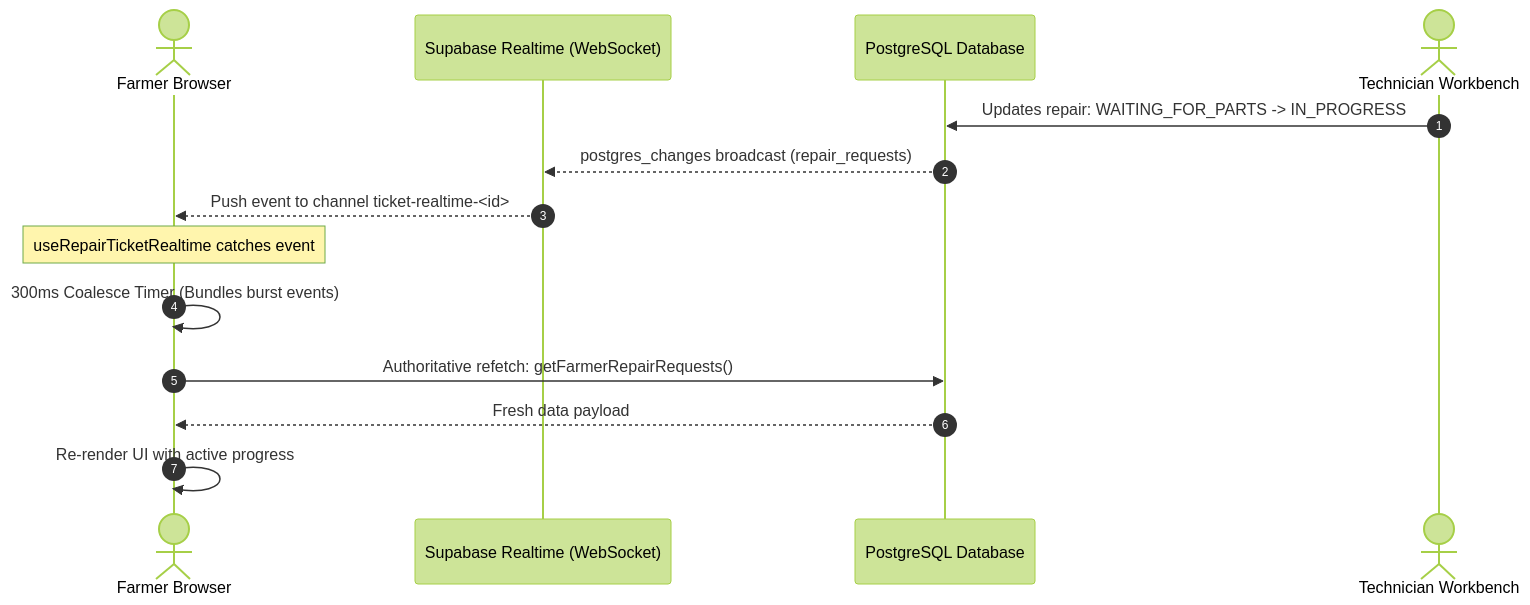
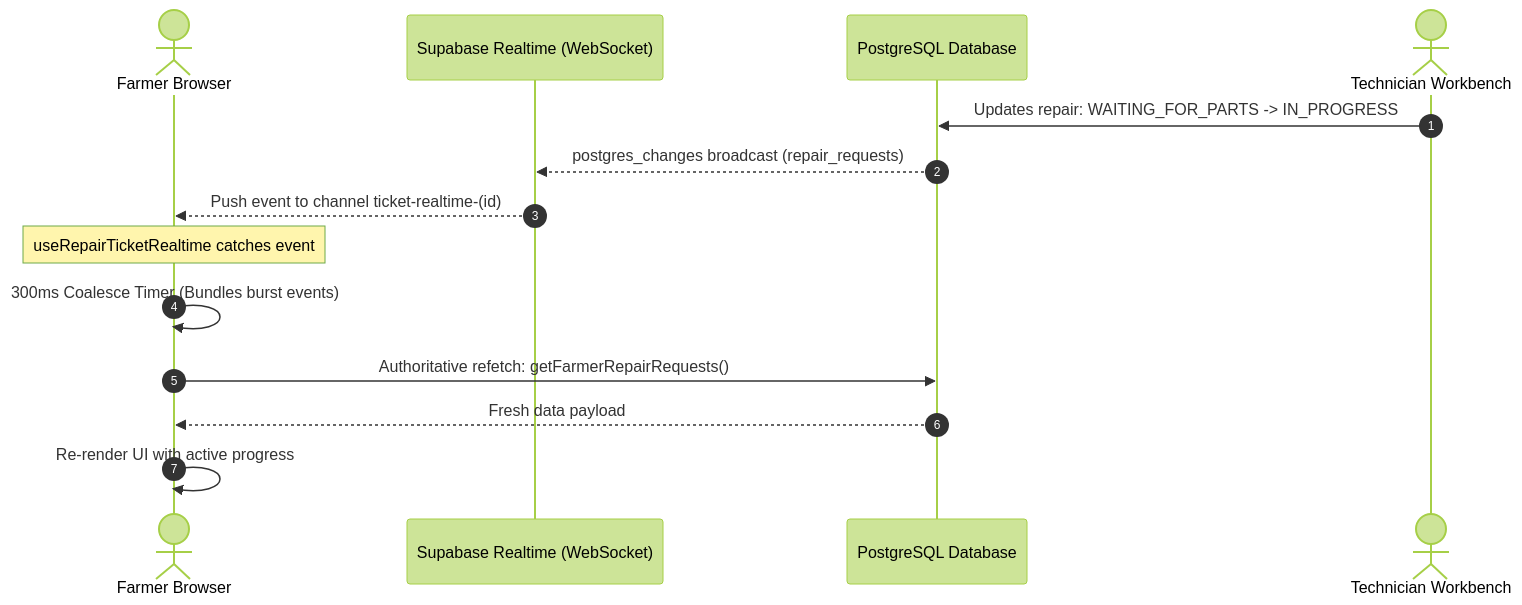
Before and after one commit to ankitchamke/TerraByte: the fifth of 5 diagrams in ARCHITECTURE.md, drawn with Mermaid (forest theme). The commit also changed other lines of this file and 2 other files, not shown here.

Commit message:
docs: fix mermaid diagram syntax for GitHub renderer

````diff
--- a/ARCHITECTURE.md
+++ b/ARCHITECTURE.md
@@ -325,17 +325,17 @@
 ```mermaid
 sequenceDiagram
     autonumber
     actor Farmer as Farmer Browser
     participant RT as Supabase Realtime (WebSocket)
     participant DB as PostgreSQL Database
     actor Tech as Technician Workbench
 
     Tech->>DB: Updates repair: WAITING_FOR_PARTS -> IN_PROGRESS
     DB-->>RT: postgres_changes broadcast (repair_requests)
-    RT-->>Farmer: Push event to channel ticket-realtime-<id>
+    RT-->>Farmer: Push event to channel ticket-realtime-(id)
     Note over Farmer: useRepairTicketRealtime catches event
     Farmer->>Farmer: 300ms Coalesce Timer (Bundles burst events)
     Farmer->>DB: Authoritative refetch: getFarmerRepairRequests()
     DB-->>Farmer: Fresh data payload
     Farmer->>Farmer: Re-render UI with active progress
 ```
````
